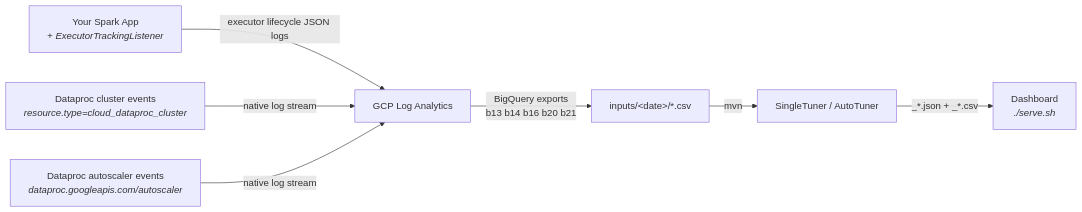
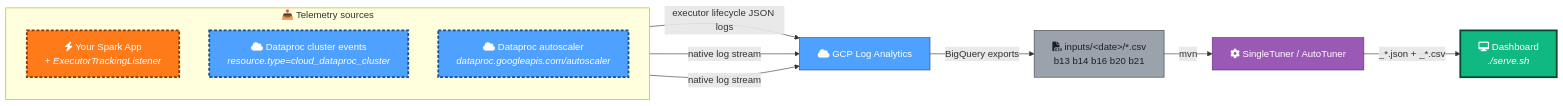
The first of 3 diagrams in README.md (albertols/spark-cluster-job-tuner), drawn with Mermaid before and after one commit. The commit also changed other lines of this file and 29 other files, not shown here.

````diff
--- a/README.md
+++ b/README.md
@@ -47,9 +47,32 @@
 ```mermaid
 flowchart LR
-  app["Your Spark App<br/><i>+ ExecutorTrackingListener</i>"] -->|"executor lifecycle JSON logs"| logs["GCP Log Analytics"]
-  cluster["Dataproc cluster events<br/><i>resource.type=cloud_dataproc_cluster</i>"] -->|"native log stream"| logs
-  autoscaler["Dataproc autoscaler events<br/><i>dataproc.googleapis.com/autoscaler</i>"] -->|"native log stream"| logs
-  logs -->|"BigQuery exports<br/>b13 b14 b16 b20 b21"| csv["inputs/&lt;date&gt;/*.csv"]
-  csv -->|"mvn"| tuner["SingleTuner / AutoTuner"]
-  tuner -->|"_*.json + _*.csv"| dashboard["Dashboard<br/><i>./serve.sh</i>"]
+  classDef document  fill:#9aa2ab,stroke:#3a4046,color:#1d1f23
+  classDef process   fill:#9b59b6,stroke:#5a2d6e,color:#fff
+  classDef spark     fill:#ff7a18,stroke:#8a3a00,color:#fff
+  classDef cloud     fill:#4ea1ff,stroke:#1a4f8a,color:#fff
+  classDef frontend  fill:#10b981,stroke:#054b34,color:#fff
+  classDef inputBoundary  stroke-width:3px,stroke-dasharray:5 3
+  classDef outputBoundary stroke-width:3px
+
+  subgraph INPUTS ["📥 Telemetry sources"]
+    direction TB
+    app[fa:fa-bolt Your Spark App<br/><i>+ ExecutorTrackingListener</i>]:::spark
+    cluster[fa:fa-cloud Dataproc cluster events<br/><i>resource.type=cloud_dataproc_cluster</i>]:::cloud
+    autoscaler[fa:fa-cloud Dataproc autoscaler<br/><i>dataproc.googleapis.com/autoscaler</i>]:::cloud
+  end
+  class app,cluster,autoscaler inputBoundary
+
+  logs[fa:fa-cloud GCP Log Analytics]:::cloud
+  csv[fa:fa-file-csv inputs/&lt;date&gt;/*.csv<br/>b13 b14 b16 b20 b21]:::document
+  tuner[fa:fa-cog SingleTuner / AutoTuner]:::process
+  dashboard[fa:fa-desktop Dashboard<br/><i>./serve.sh</i>]:::frontend
+
+  app -->|"executor lifecycle JSON logs"| logs
+  cluster -->|"native log stream"| logs
+  autoscaler -->|"native log stream"| logs
+  logs -->|"BigQuery exports"| csv
+  csv -->|"mvn"| tuner
+  tuner -->|"_*.json + _*.csv"| dashboard
+
+  class dashboard outputBoundary
 ```
````
